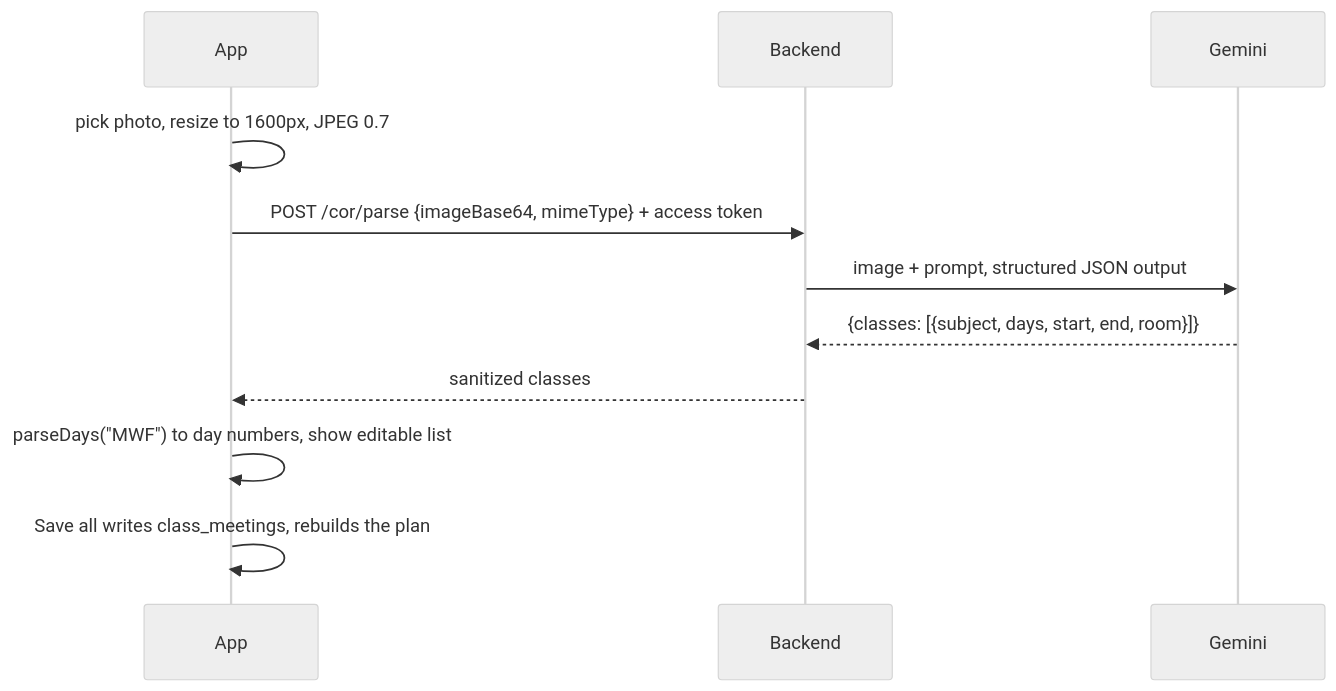
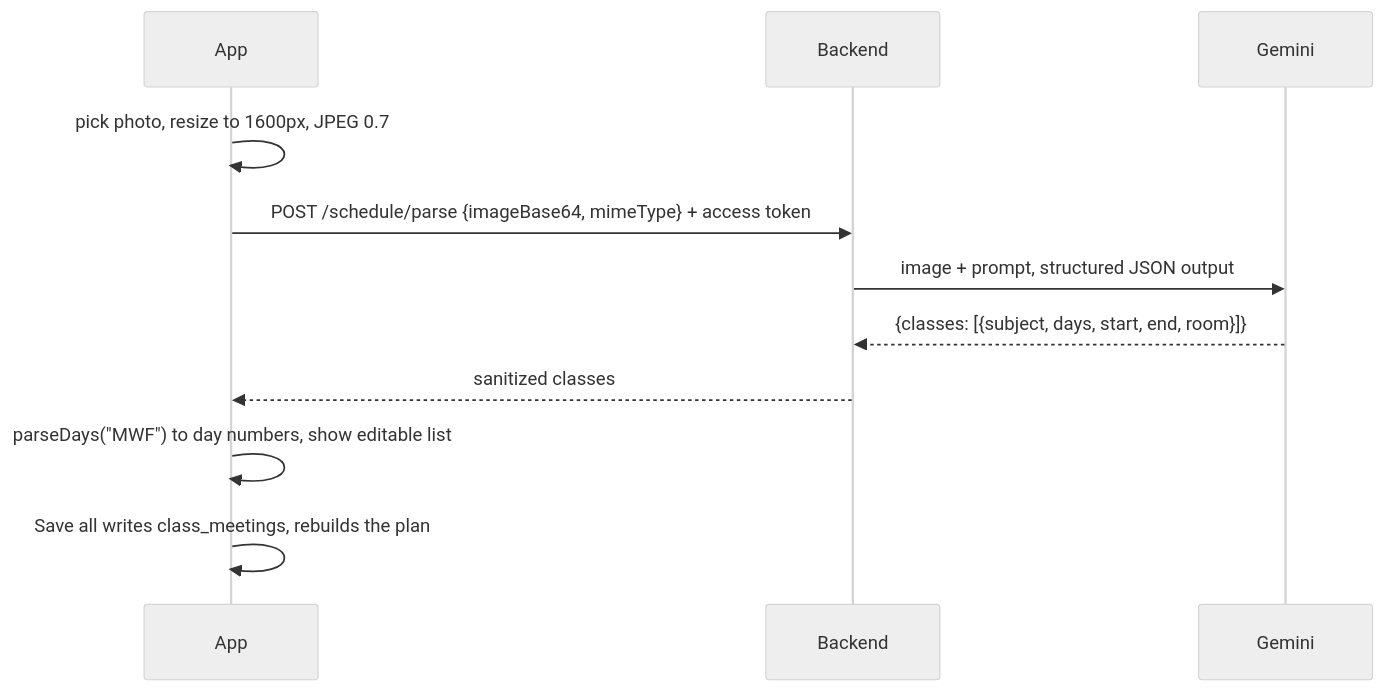
One commit to CodeKheb/Clingy changed the fourth of 5 diagrams in ARCHITECTURE.md. Above: the diagram before and after it, drawn with Mermaid (neutral theme). The commit also changed other lines of this file and 13 other files, not shown here.

First line of the commit message:
Make the photo scan generic: any class schedule, not just a COR

````diff
--- a/ARCHITECTURE.md
+++ b/ARCHITECTURE.md
@@ -149,13 +149,13 @@
 ```mermaid
 sequenceDiagram
   participant App
   participant Backend
   participant Gemini
   App->>App: pick photo, resize to 1600px, JPEG 0.7
-  App->>Backend: POST /cor/parse {imageBase64, mimeType} + access token
+  App->>Backend: POST /schedule/parse {imageBase64, mimeType} + access token
   Backend->>Gemini: image + prompt, structured JSON output
   Gemini-->>Backend: {classes: [{subject, days, start, end, room}]}
   Backend-->>App: sanitized classes
   App->>App: parseDays("MWF") to day numbers, show editable list
   App->>App: Save all writes class_meetings, rebuilds the plan
 ```
````
